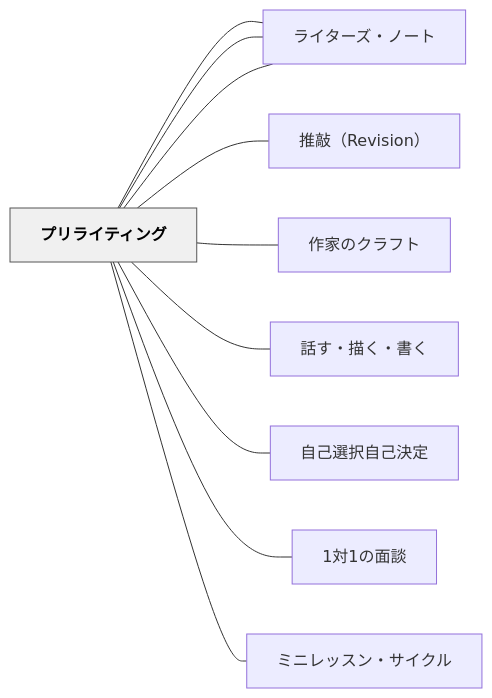
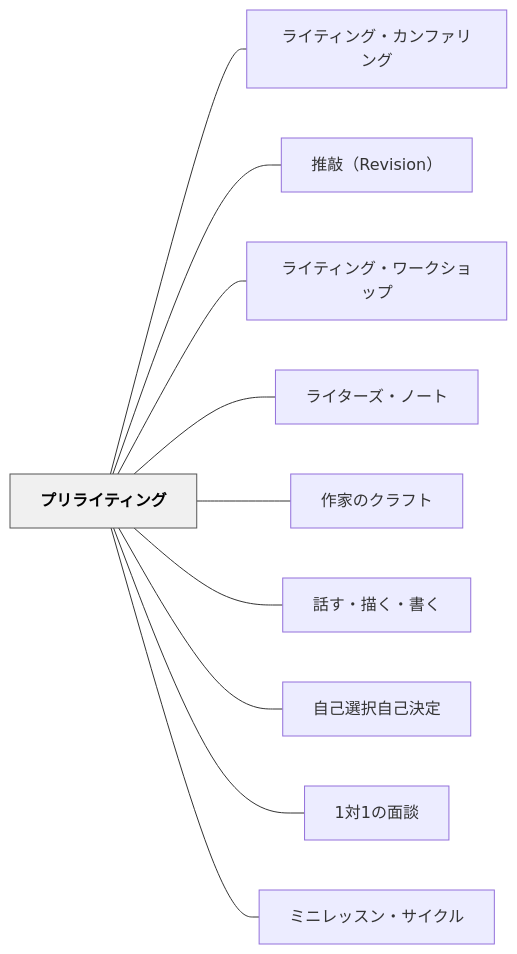
The diagram in content/パタン/プリライティング.md (unknownthings-ed-patterns/unknownthings-ed-patterns), drawn with Mermaid before and after one commit. The commit also changed 527 other files, not shown here.

````diff
--- a/content/パタン/プリライティング.md
+++ b/content/パタン/プリライティング.md
@@ -178,26 +178,26 @@
 ```mermaid
 flowchart LR
-    ne38397e383aa["プリライティング"]
-    ne383a9e382a4["ライティング・カンファリング"]
-    ne68ea8e695b2["推敲（Revision）"]
-    ne383a9e382a4["ライティング・ワークショップ"]
-    ne383a9e382a4["ライターズ・ノート"]
-    ne4bd9ce5aeb6["作家のクラフト"]
-    ne8a9b1e38199["話す・描く・書く"]
-    ne887aae5b7b1["自己選択自己決定"]
-    n31e5afbe31e3["1対1の面談"]
-    ne3839fe3838b["ミニレッスン・サイクル"]
+    ne38397e383aae383a9e382a4e38386e382a3e383b3e382b0["プリライティング"]
+    ne383a9e382a4e38386e382a3e383b3e382b0e383bbe382abe383b3e38395e382a1e383aae383b3e382b0["ライティング・カンファリング"]
+    ne68ea8e695b2efbc885265766973696f6eefbc89["推敲（Revision）"]
+    ne383a9e382a4e38386e382a3e383b3e382b0e383bbe383afe383bce382afe382b7e383a7e38383e38397["ライティング・ワークショップ"]
+    ne383a9e382a4e382bfe383bce382bae383bbe3838ee383bce38388["ライターズ・ノート"]
+    ne4bd9ce5aeb6e381aee382afe383a9e38395e38388["作家のクラフト"]
+    ne8a9b1e38199e383bbe68f8fe3818fe383bbe69bb8e3818f["話す・描く・書く"]
+    ne887aae5b7b1e981b8e68a9ee887aae5b7b1e6b1bae5ae9a["自己選択自己決定"]
+    n31e5afbe31e381aee99da2e8ab87["1対1の面談"]
+    ne3839fe3838be383ace38383e382b9e383b3e383bbe382b5e382a4e382afe383ab["ミニレッスン・サイクル"]
 
-    ne38397e383aa --- ne383a9e382a4
-    ne38397e383aa --- ne68ea8e695b2
-    ne38397e383aa --- ne383a9e382a4
-    ne38397e383aa --- ne383a9e382a4
-    ne38397e383aa --- ne4bd9ce5aeb6
-    ne38397e383aa --- ne8a9b1e38199
-    ne38397e383aa --- ne887aae5b7b1
-    ne38397e383aa --- n31e5afbe31e3
-    ne38397e383aa --- ne3839fe3838b
+    ne38397e383aae383a9e382a4e38386e382a3e383b3e382b0 --- ne383a9e382a4e38386e382a3e383b3e382b0e383bbe382abe383b3e38395e382a1e383aae383b3e382b0
+    ne38397e383aae383a9e382a4e38386e382a3e383b3e382b0 --- ne68ea8e695b2efbc885265766973696f6eefbc89
+    ne38397e383aae383a9e382a4e38386e382a3e383b3e382b0 --- ne383a9e382a4e38386e382a3e383b3e382b0e383bbe383afe383bce382afe382b7e383a7e38383e38397
+    ne38397e383aae383a9e382a4e38386e382a3e383b3e382b0 --- ne383a9e382a4e382bfe383bce382bae383bbe3838ee383bce38388
+    ne38397e383aae383a9e382a4e38386e382a3e383b3e382b0 --- ne4bd9ce5aeb6e381aee382afe383a9e38395e38388
+    ne38397e383aae383a9e382a4e38386e382a3e383b3e382b0 --- ne8a9b1e38199e383bbe68f8fe3818fe383bbe69bb8e3818f
+    ne38397e383aae383a9e382a4e38386e382a3e383b3e382b0 --- ne887aae5b7b1e981b8e68a9ee887aae5b7b1e6b1bae5ae9a
+    ne38397e383aae383a9e382a4e38386e382a3e383b3e382b0 --- n31e5afbe31e381aee99da2e8ab87
+    ne38397e383aae383a9e382a4e38386e382a3e383b3e382b0 --- ne3839fe3838be383ace38383e382b9e383b3e383bbe382b5e382a4e382afe383ab
 
     classDef hub fill:#f0f0f0,stroke:#555,color:#000,font-weight:bold
-    class ne38397e383aa hub
+    class ne38397e383aae383a9e382a4e38386e382a3e383b3e382b0 hub
 ```
````
